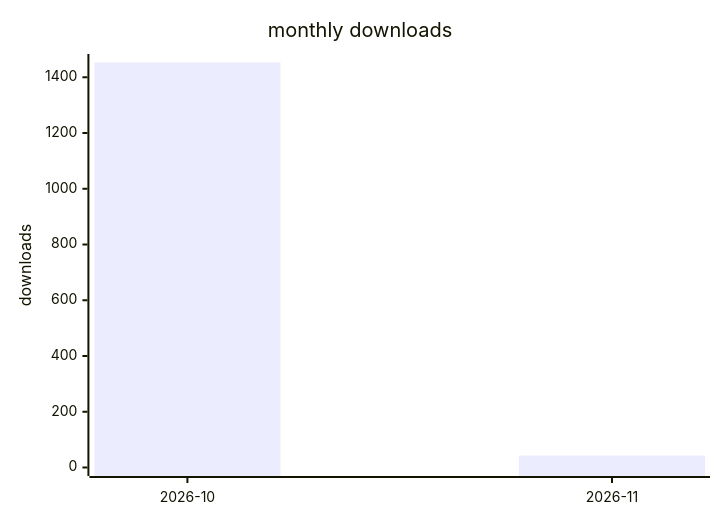
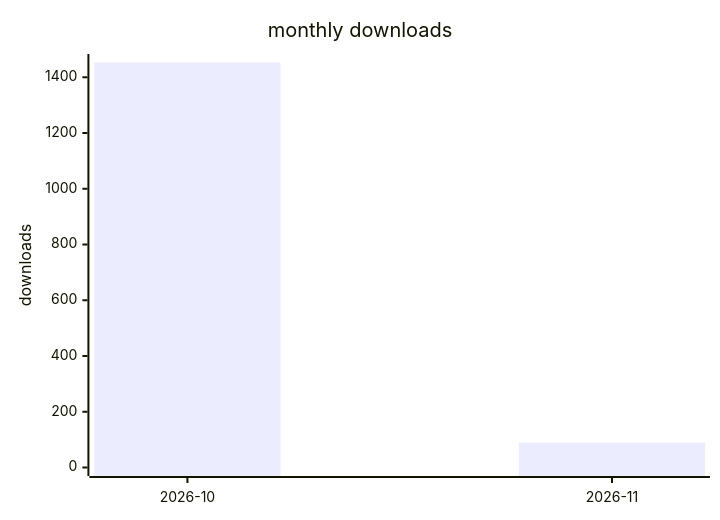
Before and after one commit to terry2010/dsh-loop-recover: the second of 2 diagrams in docs/downloads-2026.md, drawn with Mermaid. The commit also changed other lines of this file and 1 other file, not shown here.

````diff
--- a/docs/downloads-2026.md
+++ b/docs/downloads-2026.md
@@ -29,7 +29,7 @@
 ```mermaid
 xychart-beta
     title "monthly downloads"
     x-axis ["2026-10", "2026-11"]
     y-axis "downloads" 0 --> 1453
-    bar [1453, 43]
+    bar [1453, 89]
 ```
````
